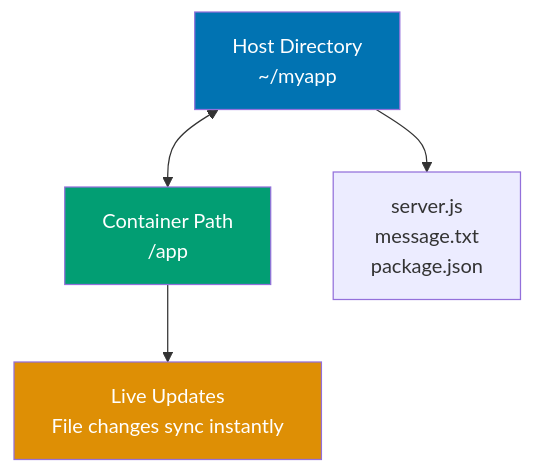
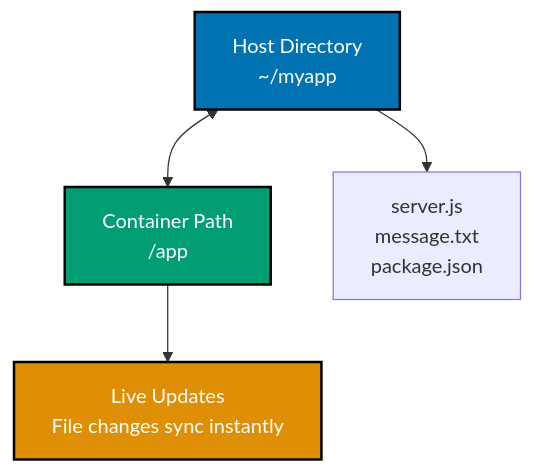
One commit to wahidyankf/open-sharia-enterprise changed the sixth of 8 diagrams in apps/ayokoding-web/content/en/learn/software-engineering/infrastructure/tools/docker/by-example/beginner.md. Above: the diagram before and after it, drawn with Mermaid. The commit also changed other lines of this file and 25 other files, not shown here.

````diff
--- a/apps/ayokoding-web/content/en/learn/software-engineering/infrastructure/tools/docker/by-example/beginner.md
+++ b/apps/ayokoding-web/content/en/learn/software-engineering/infrastructure/tools/docker/by-example/beginner.md
@@ -1046,10 +1051,11 @@
 ```mermaid
+%% Color Palette: Blue #0173B2, Orange #DE8F05, Teal #029E73, Purple #CC78BC, Brown #CA9161
 graph TD
  A["Host Directory<br/>~/myapp"] <--> B["Container Path<br/>/app"]
  A --> C["server.js<br/>message.txt<br/>package.json"]
  B --> D["Live Updates<br/>File changes sync instantly"]
 
- style A fill:#0173B2,color:#fff
- style B fill:#029E73,color:#fff
- style D fill:#DE8F05,color:#fff
+ style A fill:#0173B2,stroke:#000000,stroke-width:2px,color:#fff
+ style B fill:#029E73,stroke:#000000,stroke-width:2px,color:#fff
+ style D fill:#DE8F05,stroke:#000000,stroke-width:2px,color:#fff
 ```
````
